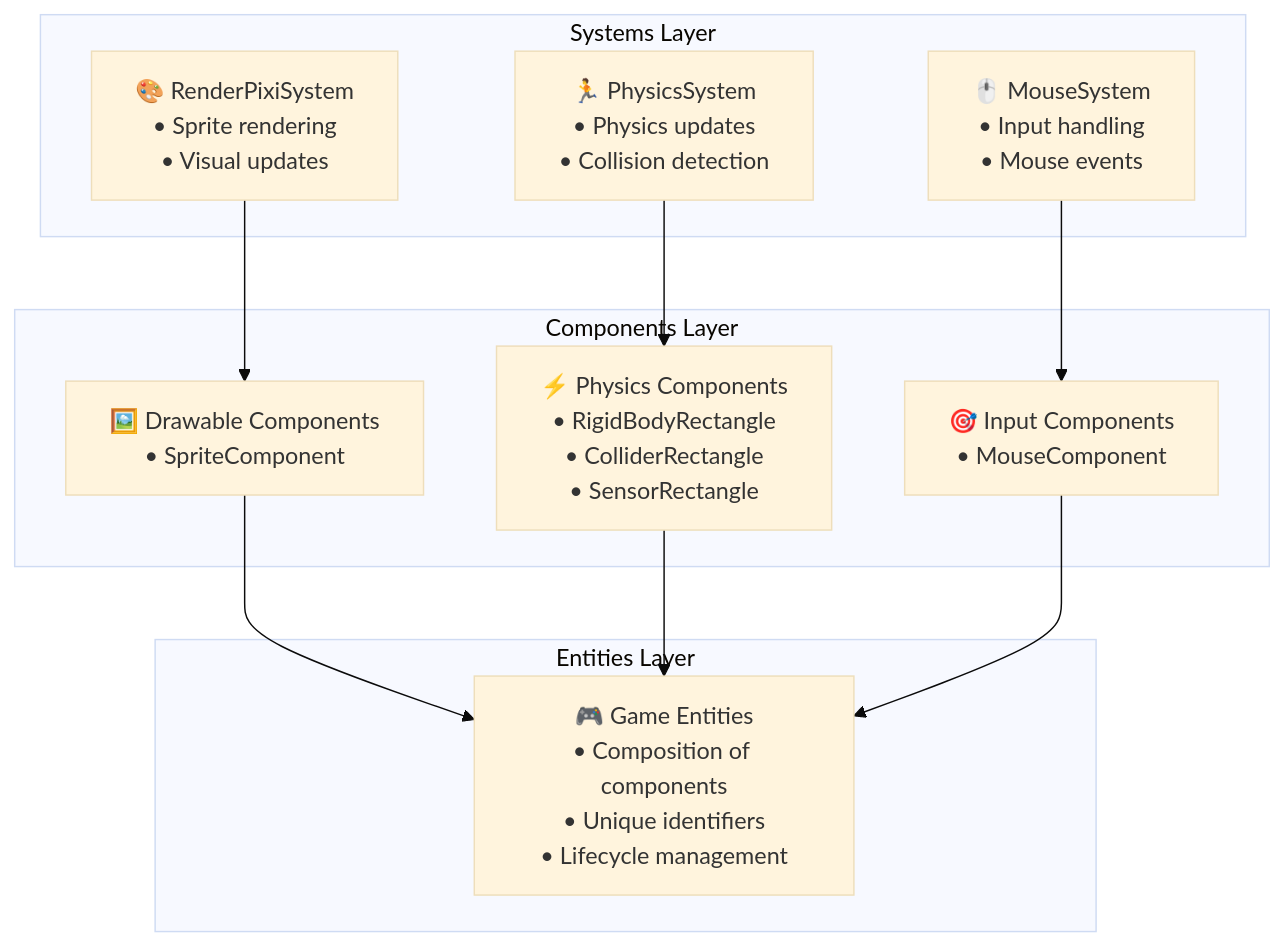
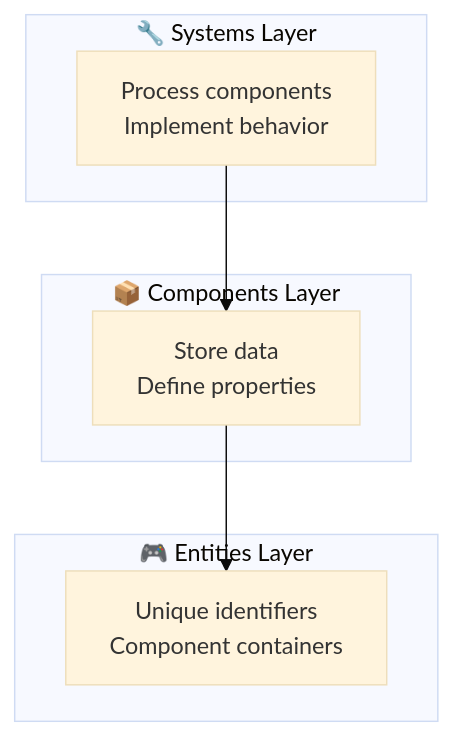
The third of 4 diagrams in docs/architecture.md (HenriqueArtur/TYPE), drawn with Mermaid (base theme) before and after one commit. The commit also changed other lines of this file and 9 other files, not shown here.

First line of the commit message:
📝 docs: refactor Architecture section with improved diagrams and sub-engine pages

````diff
--- a/docs/architecture.md
+++ b/docs/architecture.md
@@ -60,25 +61,17 @@
 ```mermaid
 graph TB
-    subgraph "Systems Layer"
-        RS["🎨 RenderPixiSystem<br/>• Sprite rendering<br/>• Visual updates"]
-        PS["🏃 PhysicsSystem<br/>• Physics updates<br/>• Collision detection"]
-        MS["🖱️ MouseSystem<br/>• Input handling<br/>• Mouse events"]
+    subgraph "🔧 Systems Layer"
+        SL["Process components<br/>Implement behavior"]
     end
     
-    subgraph "Components Layer"
-        DC["🖼️ Drawable Components<br/>• SpriteComponent"]
-        PC["⚡ Physics Components<br/>• RigidBodyRectangle<br/>• ColliderRectangle<br/>• SensorRectangle"]
-        IC["🎯 Input Components<br/>• MouseComponent"]
+    subgraph "📦 Components Layer" 
+        CL["Store data<br/>Define properties"]
     end
     
-    subgraph "Entities Layer"
-        E["🎮 Game Entities<br/>• Composition of components<br/>• Unique identifiers<br/>• Lifecycle management"]
+    subgraph "🎮 Entities Layer"
+        EL["Unique identifiers<br/>Component containers"]
     end
     
-    RS --> DC
-    PS --> PC
-    MS --> IC
-    DC --> E
-    PC --> E
-    IC --> E
+    SL --> CL
+    CL --> EL
 ```
````
